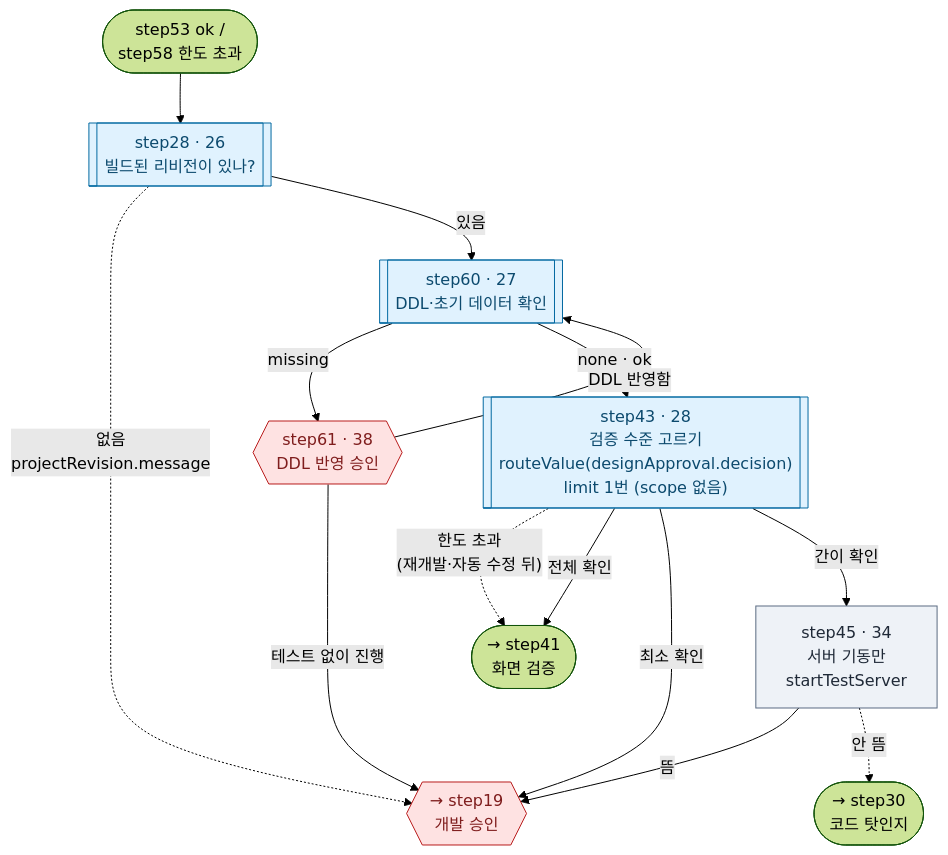
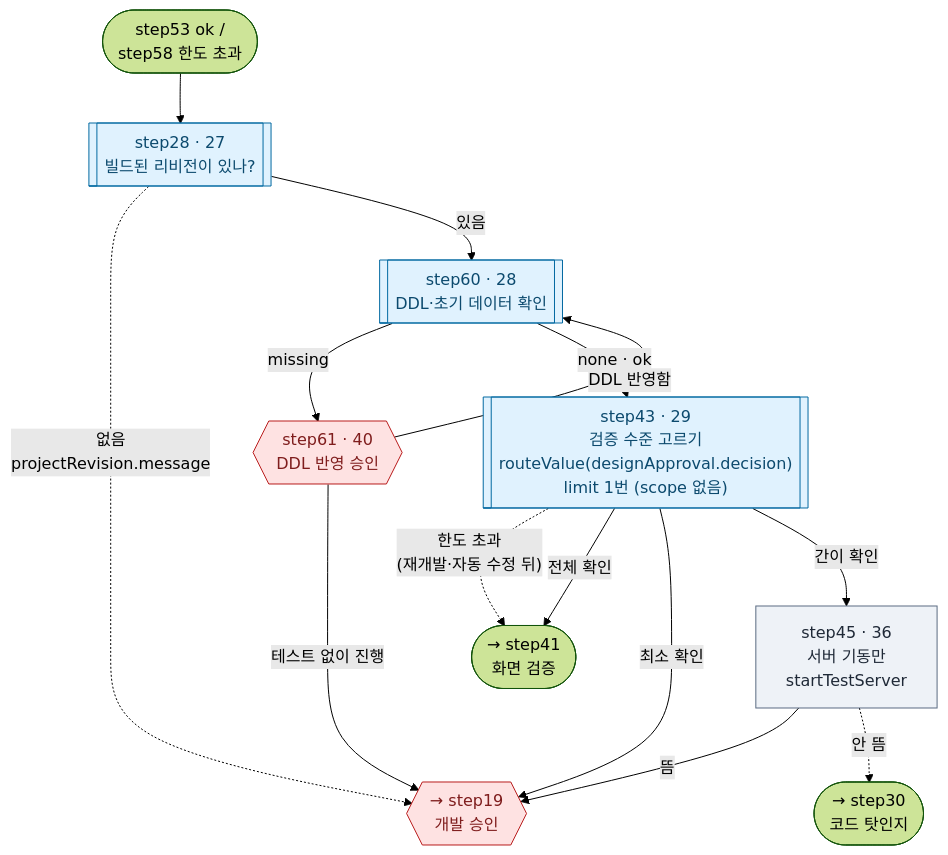
One commit to YongSoekChoeng/dstone changed diagram 14 of 24 in docs/09.dstone-ai-engine-sm-workflow.md. Above: the diagram before and after it, drawn with Mermaid (forest theme). The commit also changed other lines of this file and 9 other files, not shown here.

````diff
--- a/docs/09.dstone-ai-engine-sm-workflow.md
+++ b/docs/09.dstone-ai-engine-sm-workflow.md
@@ -1046,20 +1060,20 @@
 ```mermaid
 flowchart TD
-    IN(["step53 ok /<br/>step58 한도 초과"]) --> step28[["step28 · 26<br/>빌드된 리비전이 있나?"]]:::route
+    IN(["step53 ok /<br/>step58 한도 초과"]) --> step28[["step28 · 27<br/>빌드된 리비전이 있나?"]]:::route
     step28 -.->|"없음<br/>projectRevision.message"| step19{{"→ step19<br/>개발 승인"}}:::appr
-    step28 -->|있음| step60[["step60 · 27<br/>DDL·초기 데이터 확인"]]:::route
-    step60 -->|missing| step61{{"step61 · 38<br/>DDL 반영 승인"}}:::appr
+    step28 -->|있음| step60[["step60 · 28<br/>DDL·초기 데이터 확인"]]:::route
+    step60 -->|missing| step61{{"step61 · 40<br/>DDL 반영 승인"}}:::appr
     step61 -->|DDL 반영함| step60
     step61 -->|테스트 없이 진행| step19
-    step60 -->|"none · ok"| step43[["step43 · 28<br/>검증 수준 고르기<br/>routeValue(designApproval.decision)<br/>limit 1번 (scope 없음)"]]:::route
+    step60 -->|"none · ok"| step43[["step43 · 29<br/>검증 수준 고르기<br/>routeValue(designApproval.decision)<br/>limit 1번 (scope 없음)"]]:::route
     step43 -.->|"한도 초과<br/>(재개발·자동 수정 뒤)"| FULL(["→ step41<br/>화면 검증"])
     step43 -->|"전체 확인"| FULL
     step43 -->|"최소 확인"| step19
-    step43 -->|"간이 확인"| step45["step45 · 34<br/>서버 기동만<br/>startTestServer"]:::tool
+    step43 -->|"간이 확인"| step45["step45 · 36<br/>서버 기동만<br/>startTestServer"]:::tool
     step45 -->|뜸| step19
     step45 -.->|"안 뜸"| step30(["→ step30<br/>코드 탓인지"])
 
     classDef tool fill:#eef2f7,stroke:#5b6b82,color:#1f2937
     classDef route fill:#e0f2fe,stroke:#0369a1,color:#0c4a6e
     classDef appr fill:#fee2e2,stroke:#b91c1c,color:#7f1d1d
 ```
````
